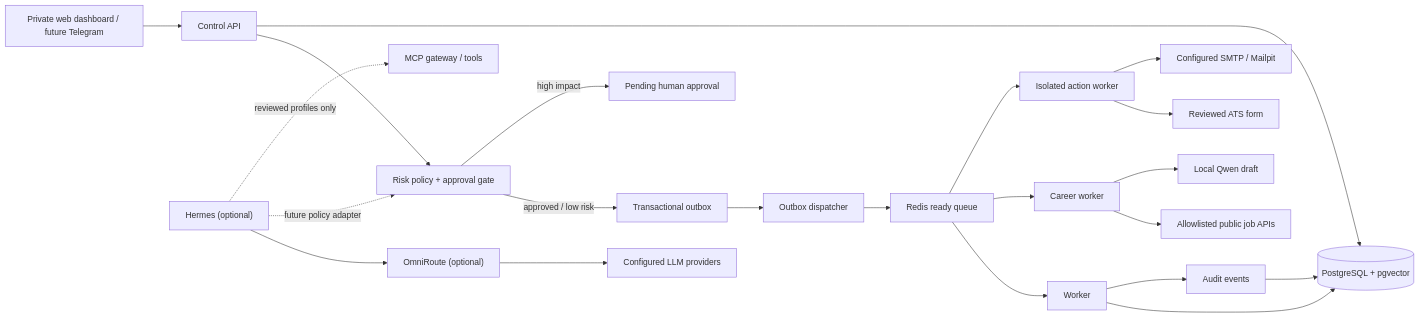
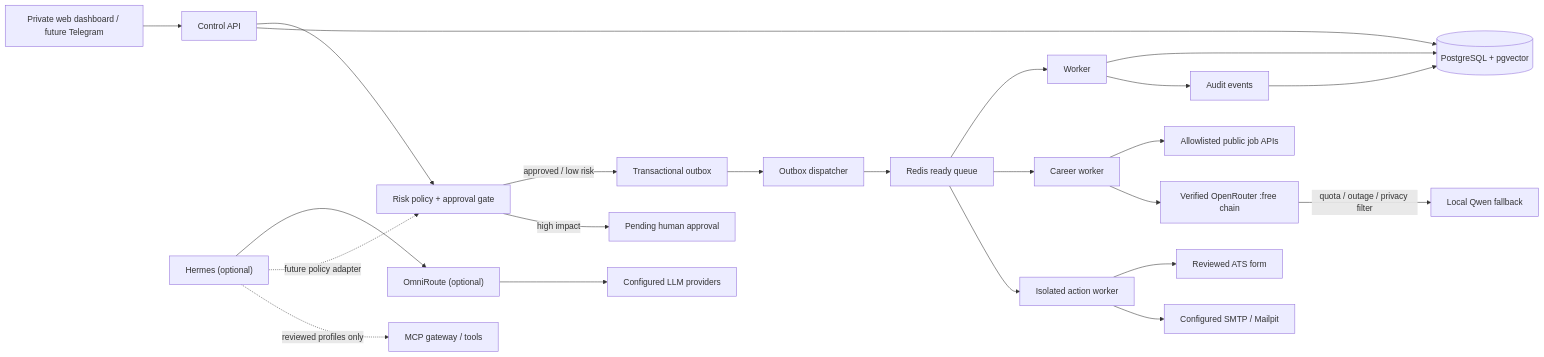
Before and after one commit to ReaperXD67/autonomous-personal-agent: the diagram in README.md, drawn with Mermaid. The commit also changed other lines of this file and 41 other files, not shown here.

````diff
--- a/README.md
+++ b/README.md
@@ -57,25 +58,26 @@
 ```mermaid
 flowchart LR
     U["Private web dashboard / future Telegram"] --> API["Control API"]
     API --> POLICY["Risk policy + approval gate"]
     POLICY -->|"approved / low risk"| OB["Transactional outbox"]
     POLICY -->|"high impact"| A["Pending human approval"]
     OB --> D["Outbox dispatcher"]
     D --> Q["Redis ready queue"]
     Q --> W["Worker"]
     Q --> JW["Career worker"]
     Q --> AW["Isolated action worker"]
     JW --> JS["Allowlisted public job APIs"]
-    JW --> LM["Local Qwen draft"]
+    JW --> OR["Verified OpenRouter :free chain"]
+    OR -->|"quota / outage / privacy filter"| LM["Local Qwen fallback"]
     AW --> ATS["Reviewed ATS form"]
     AW --> SMTP["Configured SMTP / Mailpit"]
     API --> PG[("PostgreSQL + pgvector")]
     W --> PG
     W --> AUDIT["Audit events"]
     AUDIT --> PG
 
     H["Hermes (optional)"] --> O["OmniRoute (optional)"]
     O --> LLM["Configured LLM providers"]
     H -. "future policy adapter" .-> POLICY
     H -. "reviewed profiles only" .-> MCP["MCP gateway / tools"]
 ```
````
